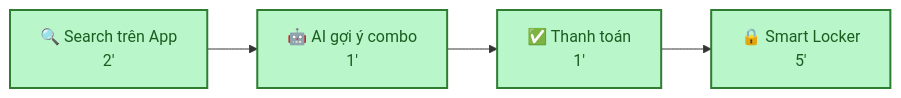
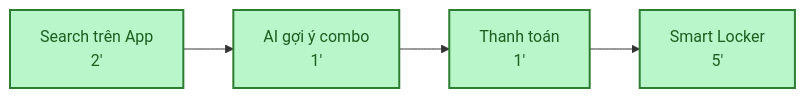
The second of 6 diagrams in 01-individual-problem-scan/01-individual-problem-scan.md (lequanneKMA/Day2-2A202600821-LeNguyenMinhQuan), drawn with Mermaid before and after one commit. The commit also changed other lines of this file, not shown here.

````diff
--- a/01-individual-problem-scan/01-individual-problem-scan.md
+++ b/01-individual-problem-scan/01-individual-problem-scan.md
@@ -199,12 +199,12 @@
 ```mermaid
 flowchart LR
-    F["🔍 Search trên App\n2'"]
-    --> G["🤖 AI gợi ý combo\n1'"]
-    --> H["✅ Thanh toán\n1'"]
-    --> I["🔒 Smart Locker\n5'"]
+    F[" Search trên App\n2'"]
+    --> G[" AI gợi ý combo\n1'"]
+    --> H[" Thanh toán\n1'"]
+    --> I[" Smart Locker\n5'"]
 
     style F fill:#b9f6ca,stroke:#2e7d32,stroke-width:2px,color:#1b5e20
     style G fill:#b9f6ca,stroke:#2e7d32,stroke-width:2px,color:#1b5e20
     style H fill:#b9f6ca,stroke:#2e7d32,stroke-width:2px,color:#1b5e20
     style I fill:#b9f6ca,stroke:#2e7d32,stroke-width:2px,color:#1b5e20
 ```
````
